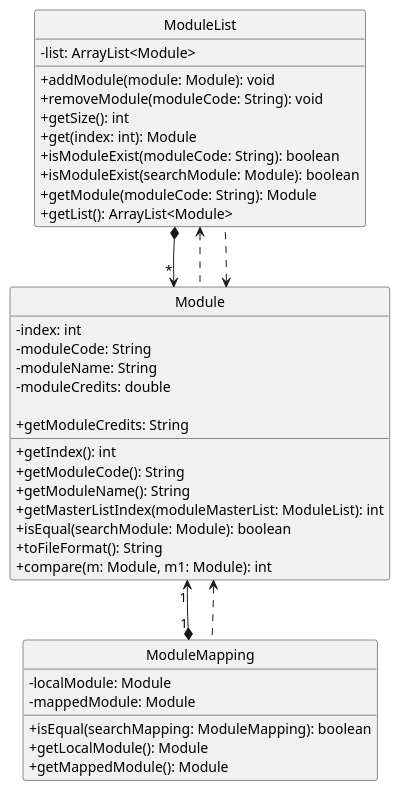
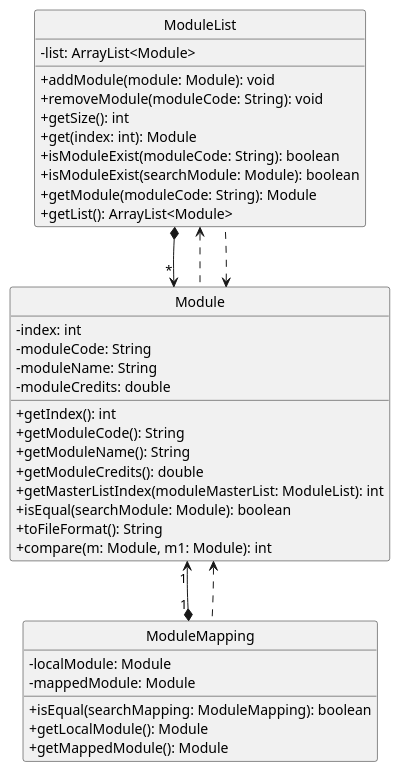
Before and after one commit to nus-cs2113-AY2122S1/tp: the diagram in docs/umls/modules.puml, drawn with PlantUML. The commit also changed 4 other files, not shown here.

```diff
--- a/docs/umls/modules.puml
+++ b/docs/umls/modules.puml
@@ -1,50 +1,50 @@
 @startuml
 hide circle
 skinparam classAttributeIconSize 0
 skinparam groupInheritance 2
 
 ModuleList *--> "*" Module
 Module "1" <--* "1" ModuleMapping
 Module <.. ModuleMapping
 ModuleList <.. Module
 Module <.. ModuleList
 
 Class Module {
     - index: int
     - moduleCode: String
     - moduleName: String
     - moduleCredits: double
 
     + getIndex(): int
     + getModuleCode(): String
     + getModuleName(): String
-    + getModuleCredits: String
+    + getModuleCredits(): double
     + getMasterListIndex(moduleMasterList: ModuleList): int
     + isEqual(searchModule: Module): boolean
     + toFileFormat(): String
     + compare(m: Module, m1: Module): int
 }
 
 class ModuleList {
     - list: ArrayList<Module>
 
     + addModule(module: Module): void
     + removeModule(moduleCode: String): void
     + getSize(): int
     + get(index: int): Module
     + isModuleExist(moduleCode: String): boolean
     + isModuleExist(searchModule: Module): boolean
     + getModule(moduleCode: String): Module
     + getList(): ArrayList<Module>
 }
 
 Class ModuleMapping {
     - localModule: Module
     - mappedModule: Module
 
     + isEqual(searchMapping: ModuleMapping): boolean
     + getLocalModule(): Module
     + getMappedModule(): Module
 }
 
 @enduml
```
